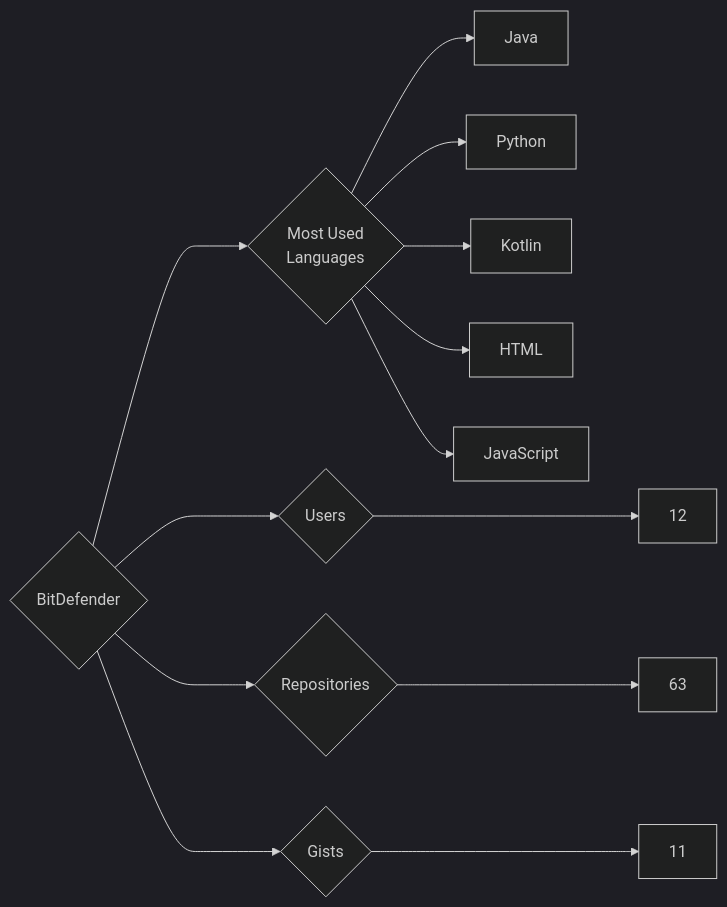
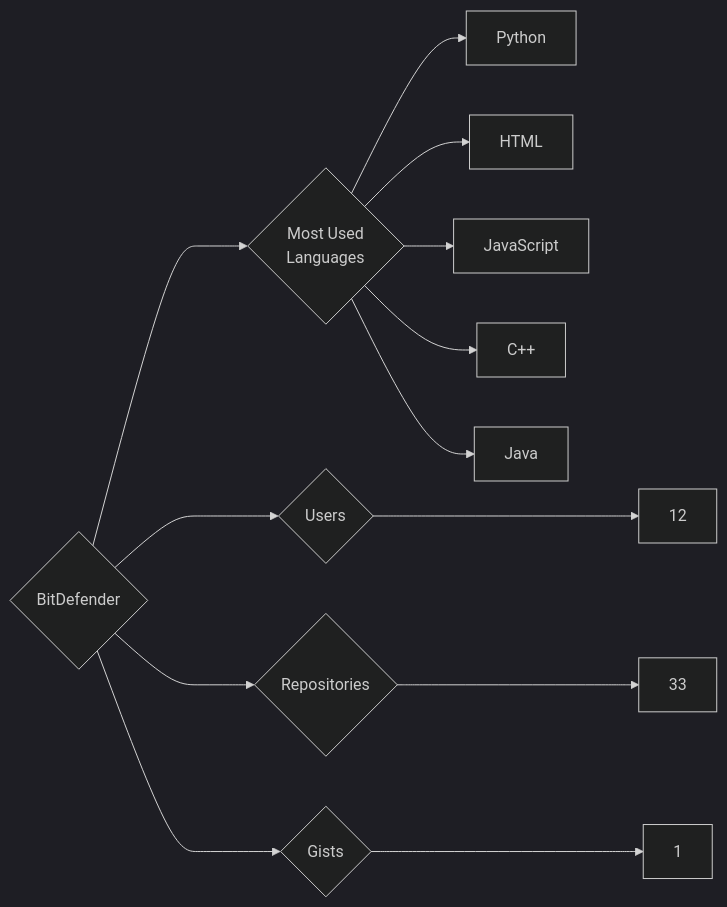
The diagram in targets/BitDefender/README.md (trickest/insiders), drawn with Mermaid (dark theme) before and after one commit. The commit also changed 773 other files, not shown here.

````diff
--- a/targets/BitDefender/README.md
+++ b/targets/BitDefender/README.md
@@ -3,13 +3,13 @@
 ```mermaid
 graph LR
 COMPANY_NAME{BitDefender}
 COMPANY_NAME ---> U{Users} ---> UN[12]
-COMPANY_NAME ---> R{Repositories} ---> RN[63]
-COMPANY_NAME ---> G{Gists} ---> GN[11]
+COMPANY_NAME ---> R{Repositories} ---> RN[33]
+COMPANY_NAME ---> G{Gists} ---> GN[1]
 COMPANY_NAME ---> ML{Most Used<br>Languages}
-ML --> Java[Java]
 ML --> Python[Python]
-ML --> Kotlin[Kotlin]
 ML --> HTML[HTML]
 ML --> JavaScript[JavaScript]
+ML --> C++[C++]
+ML --> Java[Java]
 ```
````
